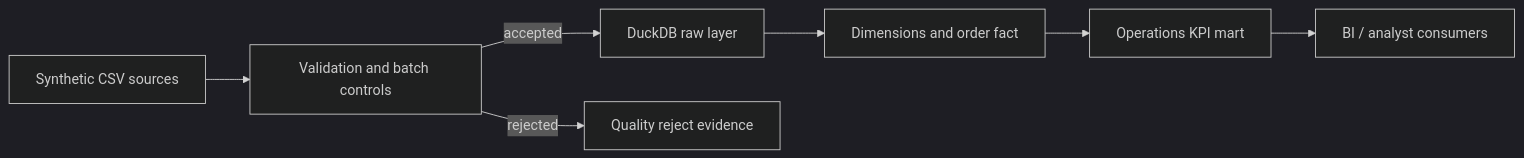
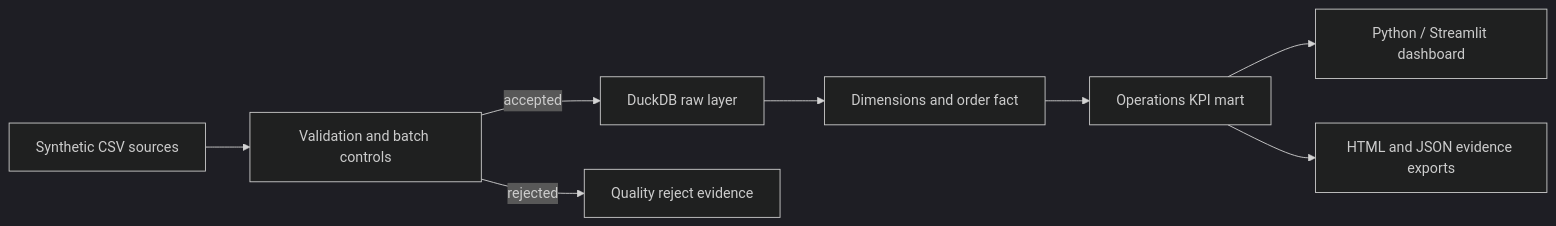
One commit to alianisreyesr/retail-operations-data-platform changed the first of 2 diagrams in README.md. Above: the diagram before and after it, drawn with Mermaid (dark theme). The commit also changed other lines of this file and 7 other files, not shown here.

Commit message:
feat: add interactive Python operations dashboard

````diff
--- a/README.md
+++ b/README.md
@@ -46,9 +47,10 @@
 ```mermaid
 flowchart LR
   A["Synthetic CSV sources"] --> B["Validation and batch controls"]
   B -->|accepted| C["DuckDB raw layer"]
   B -->|rejected| D["Quality reject evidence"]
   C --> E["Dimensions and order fact"]
   E --> F["Operations KPI mart"]
-  F --> G["BI / analyst consumers"]
+  F --> G["Python / Streamlit dashboard"]
+  F --> H["HTML and JSON evidence exports"]
 ```
````
